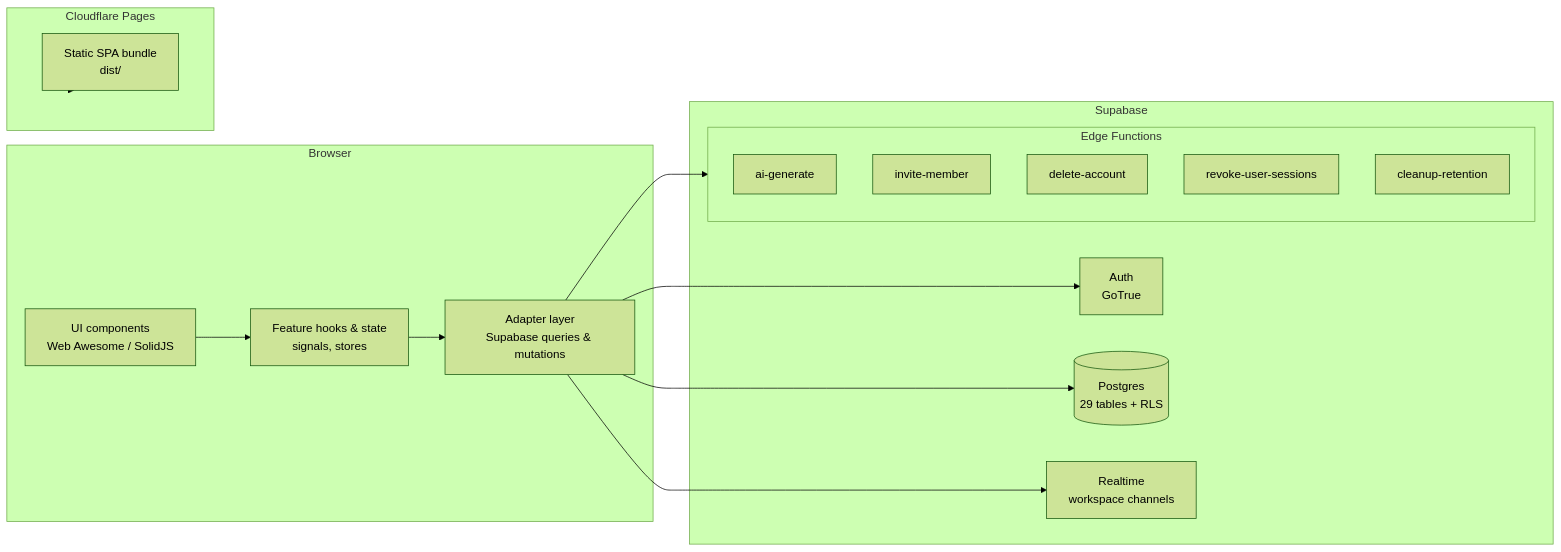
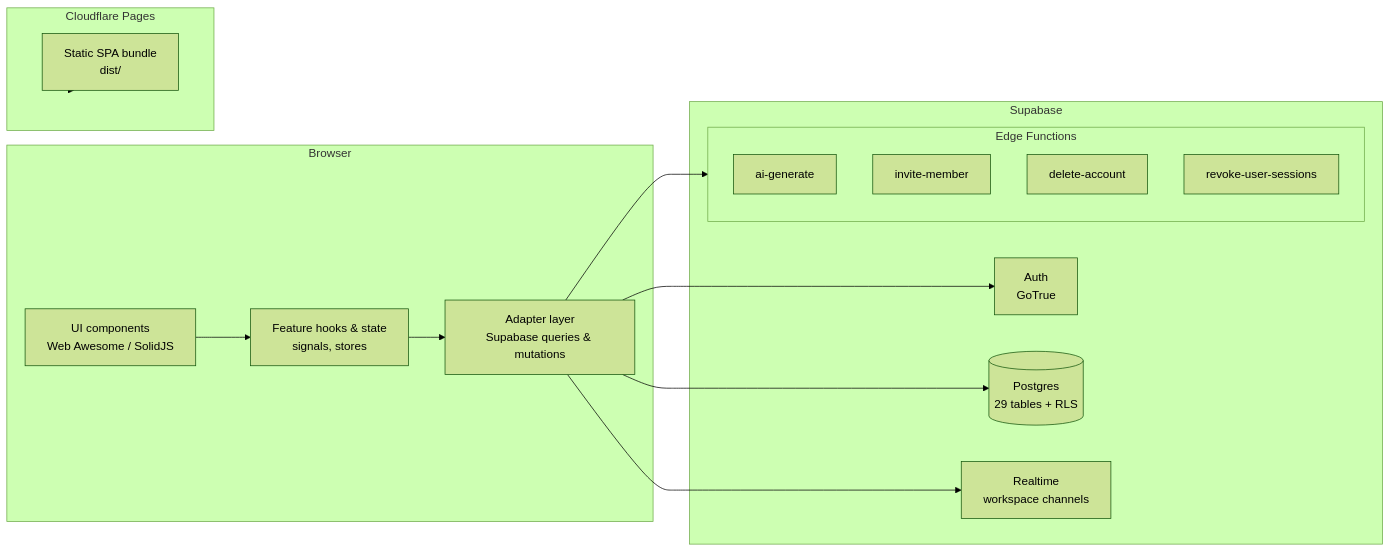
Before and after one commit to re1sub/opencadre: the first of 2 diagrams in docs/architecture.md, drawn with Mermaid (forest theme). The commit also changed other lines of this file and 6 other files, not shown here.

````diff
--- a/docs/architecture.md
+++ b/docs/architecture.md
@@ -31,33 +31,32 @@
 ```mermaid
 flowchart LR
     subgraph client [Browser]
         UI[UI components<br/>Web Awesome / SolidJS]
         FE[Feature hooks & state<br/>signals, stores]
         AD[Adapter layer<br/>Supabase queries & mutations]
     end
 
     subgraph cloudflare [Cloudflare Pages]
         SPA[Static SPA bundle<br/>dist/]
     end
 
     subgraph supabase [Supabase]
         AUTH[Auth<br/>GoTrue]
         PG[(Postgres<br/>29 tables + RLS)]
         RT[Realtime<br/>workspace channels]
         subgraph efc [Edge Functions]
             AI[ai-generate]
             IM[invite-member]
             DA[delete-account]
             RV[revoke-user-sessions]
-            CR[cleanup-retention]
         end
     end
 
     SPA --> cloudflare
     UI --> FE
     FE --> AD
     AD --> AUTH
     AD --> PG
     AD --> RT
     AD --> efc
 ```
````
